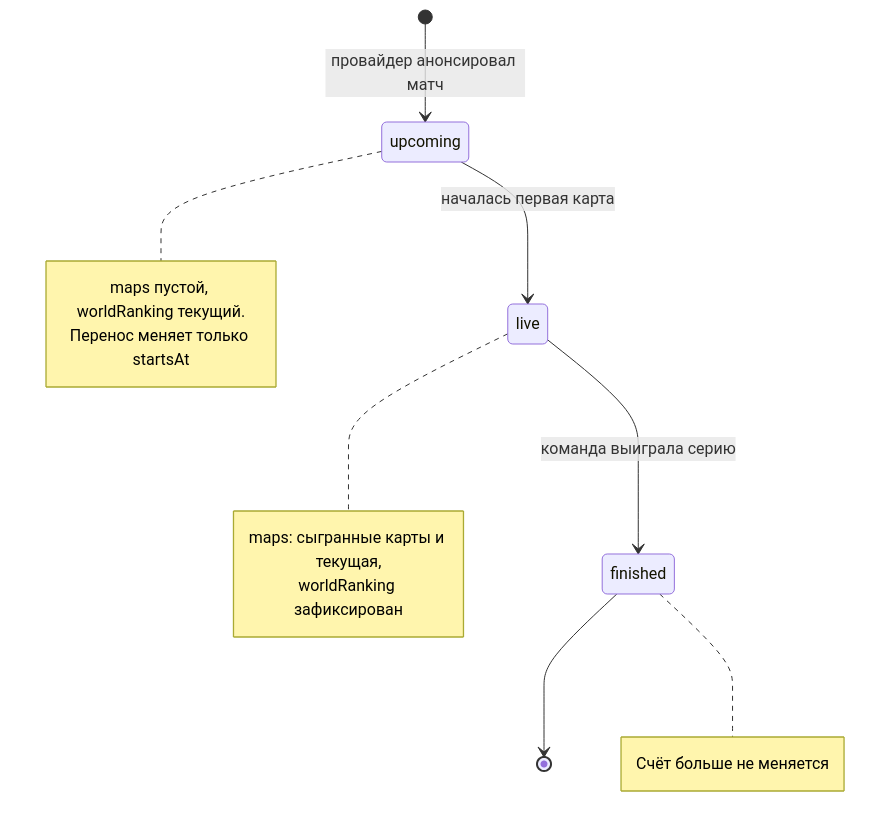
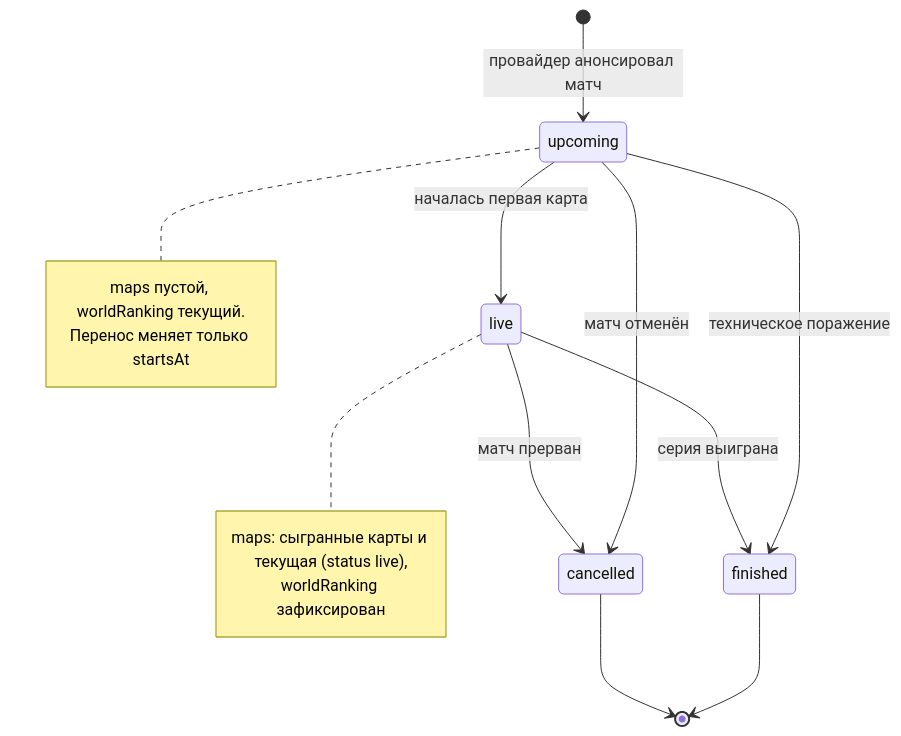
One commit to iFuzYs/git-practice changed the diagram in cs-match-stats/match-lifecycle.md. Above: the diagram before and after it, drawn with Mermaid. The commit also changed other lines of this file and 10 other files, not shown here.

````diff
--- a/cs-match-stats/match-lifecycle.md
+++ b/cs-match-stats/match-lifecycle.md
@@ -5,19 +5,20 @@
 ```mermaid
 stateDiagram-v2
     [*] --> upcoming: провайдер анонсировал матч
     upcoming --> live: началась первая карта
-    live --> finished: команда выиграла серию
+    upcoming --> finished: техническое поражение
+    upcoming --> cancelled: матч отменён
+    live --> finished: серия выиграна
+    live --> cancelled: матч прерван
     finished --> [*]
+    cancelled --> [*]
 
     note right of upcoming
         maps пустой, worldRanking текущий.
         Перенос меняет только startsAt
     end note
     note right of live
-        maps: сыгранные карты и текущая,
+        maps: сыгранные карты и текущая (status live),
         worldRanking зафиксирован
     end note
-    note right of finished
-        Счёт больше не меняется
-    end note
 ```
````
